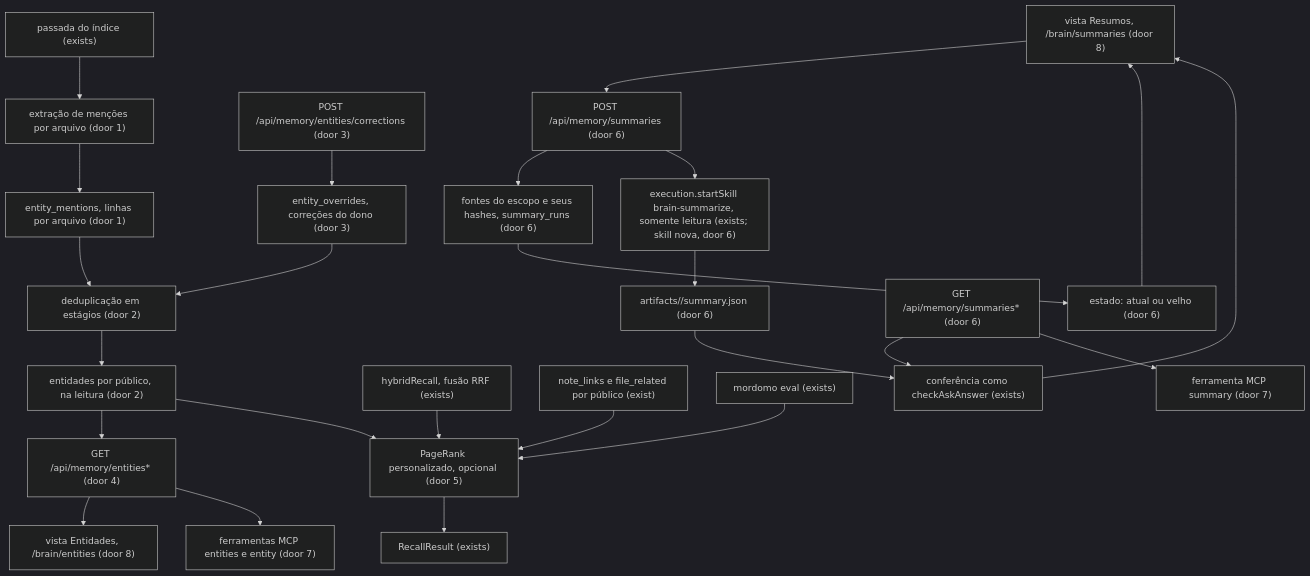
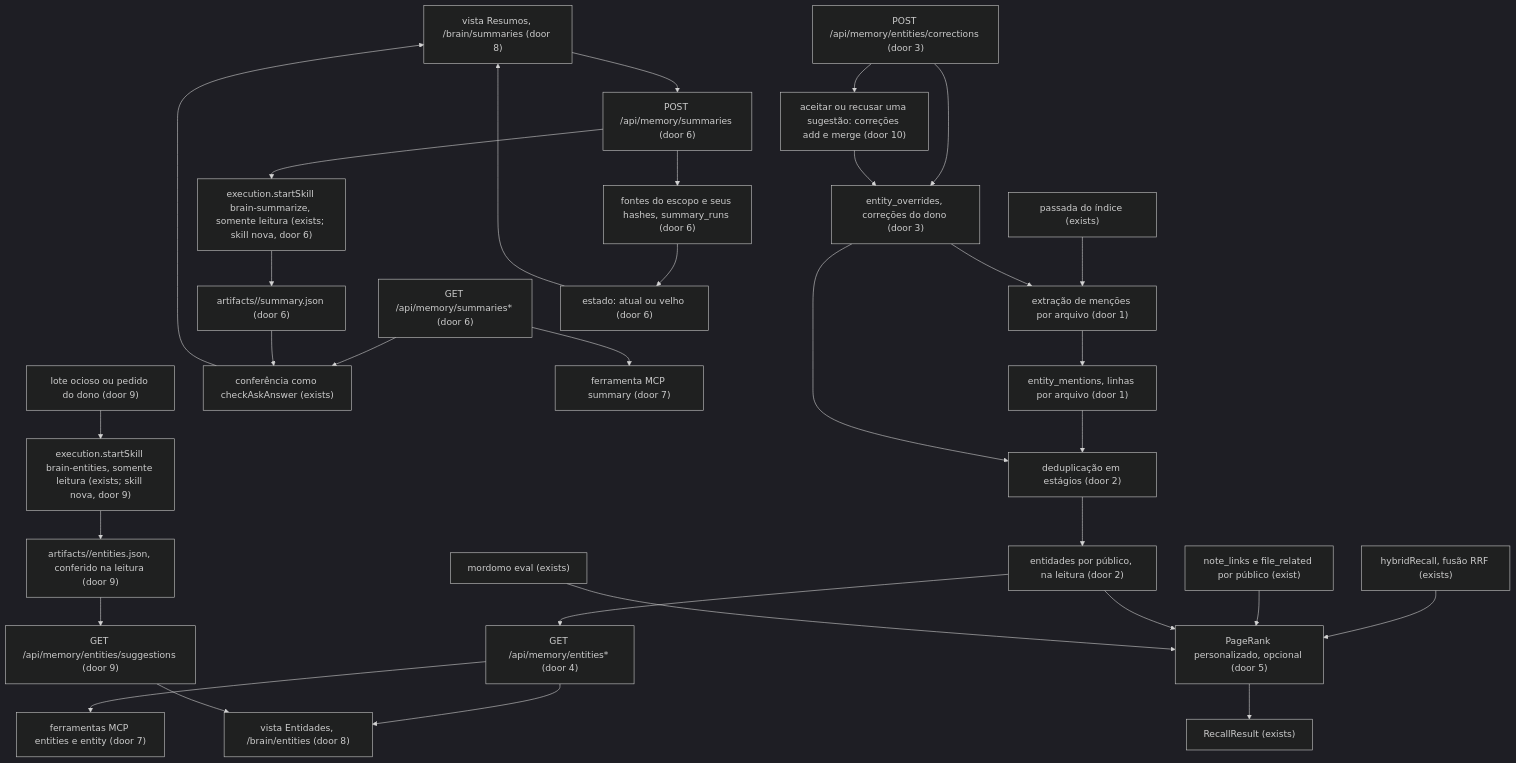
One commit to tvpl/agentic-os changed the first of 2 diagrams in .specs/features/cerebro-entidades-resumos/plan.md. Above: the diagram before and after it, drawn with Mermaid (dark theme). The commit also changed other lines of this file, not shown here.

First line of the commit message:
docs(specs): add llm entity suggestions to cerebro-entidades-resumos

````diff
--- a/.specs/features/cerebro-entidades-resumos/plan.md
+++ b/.specs/features/cerebro-entidades-resumos/plan.md
@@ -45,27 +45,34 @@
 ```mermaid
 flowchart TD
     IDX["passada do índice (exists)"] --> EX["extração de menções por arquivo (door 1)"]
     EX --> EM["entity_mentions, linhas por arquivo (door 1)"]
     EM --> DD["deduplicação em estágios (door 2)"]
     OV["entity_overrides, correções do dono (door 3)"] --> DD
     DD --> ENT["entidades por público, na leitura (door 2)"]
     ENT --> R1["GET /api/memory/entities* (door 4)"]
     R2["POST /api/memory/entities/corrections (door 3)"] --> OV
     R1 --> V1["vista Entidades, /brain/entities (door 8)"]
     R1 --> MCP["ferramentas MCP entities e entity (door 7)"]
     REC["hybridRecall, fusão RRF (exists)"] --> PPR["PageRank personalizado, opcional (door 5)"]
     NL["note_links e file_related por público (exist)"] --> PPR
     ENT --> PPR
     PPR --> OUT["RecallResult (exists)"]
     EVAL["mordomo eval (exists)"] --> PPR
     V2["vista Resumos, /brain/summaries (door 8)"] --> SP["POST /api/memory/summaries (door 6)"]
     SP --> FS["fontes do escopo e seus hashes, summary_runs (door 6)"]
     SP --> RUN["execution.startSkill brain-summarize, somente leitura (exists; skill nova, door 6)"]
     RUN --> ART["artifacts/<run>/summary.json (door 6)"]
     SG["GET /api/memory/summaries* (door 6)"] --> CHK["conferência como checkAskAnswer (exists)"]
     ART --> CHK
     FS --> ST["estado: atual ou velho (door 6)"]
     CHK --> V2
     ST --> V2
     SG --> MCP2["ferramenta MCP summary (door 7)"]
+    LLM["lote ocioso ou pedido do dono (door 9)"] --> RUN2["execution.startSkill brain-entities, somente leitura (exists; skill nova, door 9)"]
+    RUN2 --> SUG["artifacts/<run>/entities.json, conferido na leitura (door 9)"]
+    SUG --> R3["GET /api/memory/entities/suggestions (door 9)"]
+    R3 --> V1
+    R2 --> ACC["aceitar ou recusar uma sugestão: correções add e merge (door 10)"]
+    ACC --> OV
+    OV --> EX
 ```
````
